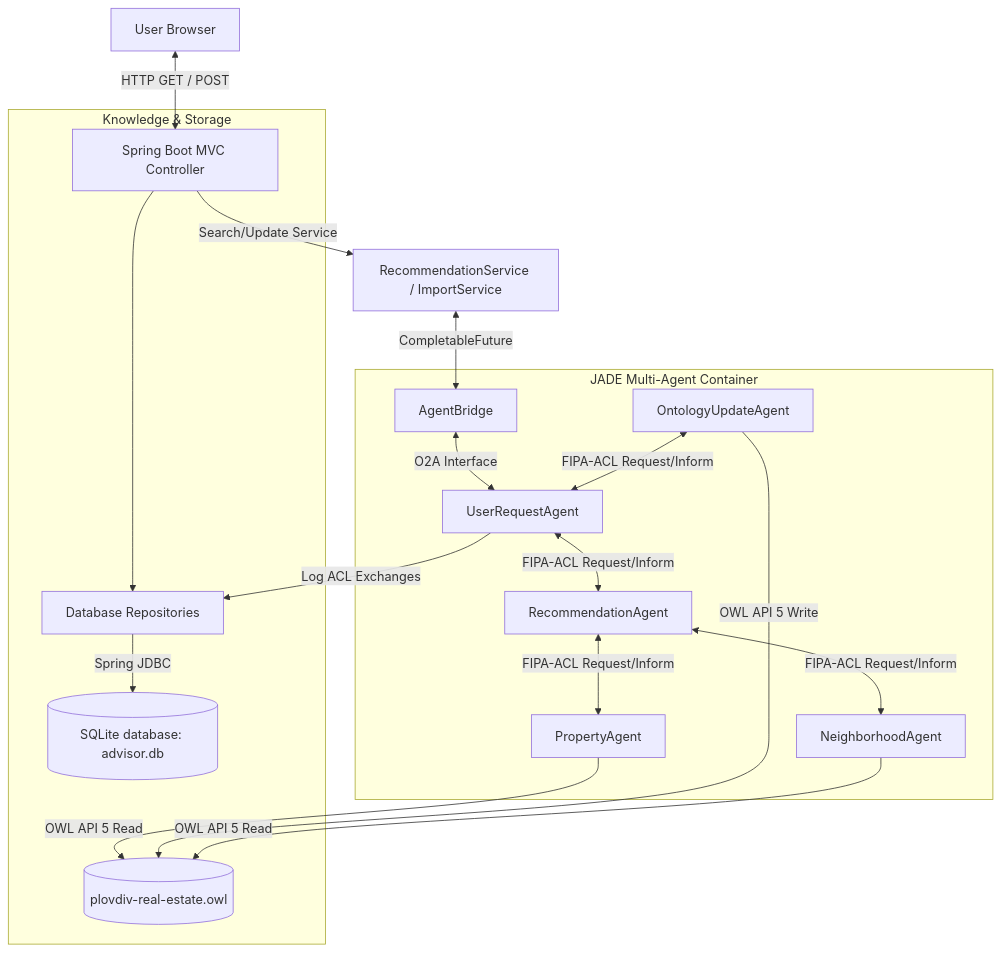
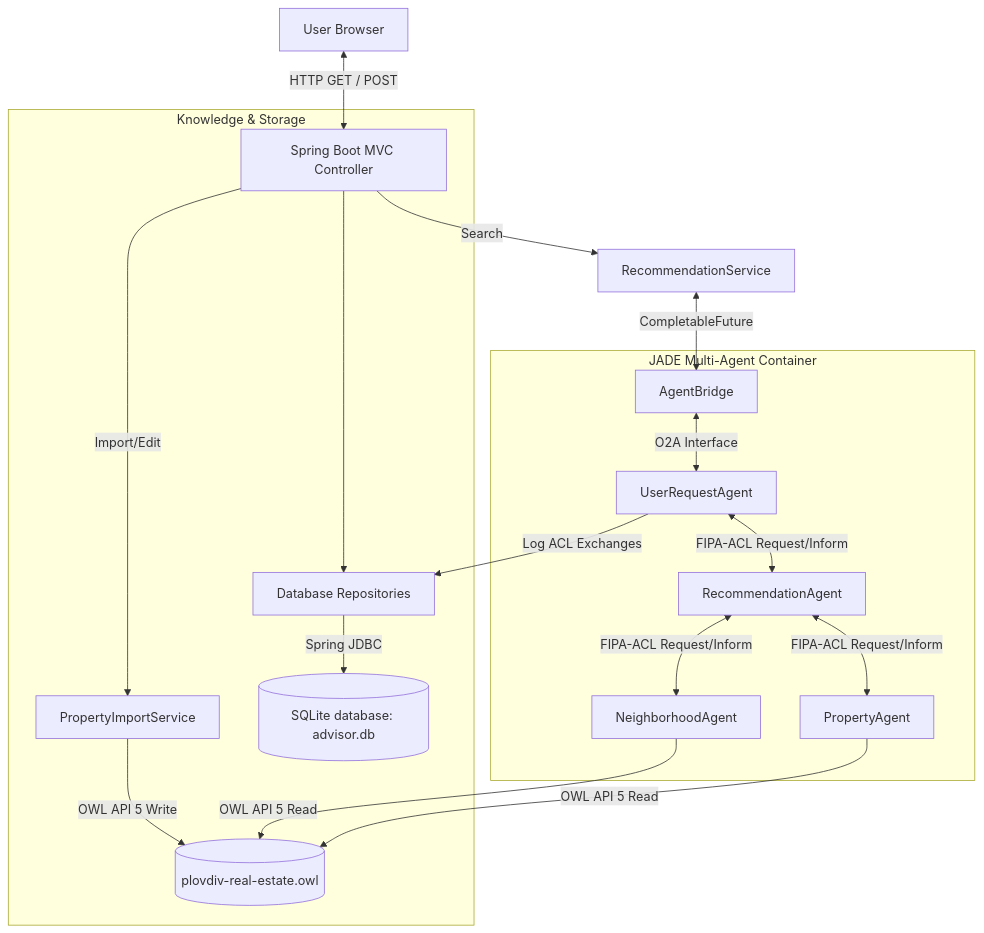
Before and after one commit to kamentr/masters-project: the diagram in DOCUMENTATION.md, drawn with Mermaid. The commit also changed other lines of this file and 10 other files, not shown here.

````diff
--- a/DOCUMENTATION.md
+++ b/DOCUMENTATION.md
@@ -43,25 +43,25 @@
 ```mermaid
 graph TD
     %% Nodes
     A[User Browser] <-->|HTTP GET / POST| B[Spring Boot MVC Controller]
-    B -->|Search/Update Service| C[RecommendationService / ImportService]
+    B -->|Search| C[RecommendationService]
+    B -->|Import/Edit| M[PropertyImportService]
     C <-->|CompletableFuture| D[AgentBridge]
     
     subgraph JADE Multi-Agent Container
         D <-->|O2A Interface| E[UserRequestAgent]
         E <-->|FIPA-ACL Request/Inform| F[RecommendationAgent]
         F <-->|FIPA-ACL Request/Inform| G[PropertyAgent]
         F <-->|FIPA-ACL Request/Inform| H[NeighborhoodAgent]
-        I[OntologyUpdateAgent] <-->|FIPA-ACL Request/Inform| E
     end
     
     subgraph Knowledge & Storage
         G -->|OWL API 5 Read| J[(plovdiv-real-estate.owl)]
-        I -->|OWL API 5 Write| J
         H -->|OWL API 5 Read| J
+        M -->|OWL API 5 Write| J
         
         K[Database Repositories] -->|Spring JDBC| L[(SQLite database: advisor.db)]
         B --> K
         E -->|Log ACL Exchanges| K
     end
 ```
````
